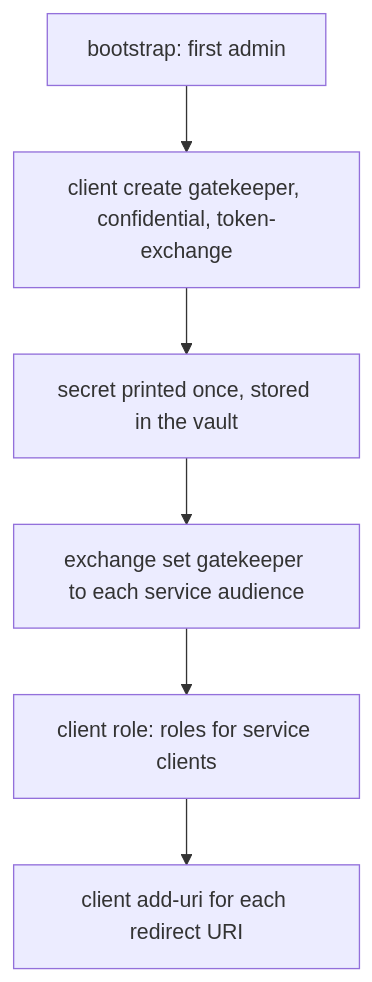
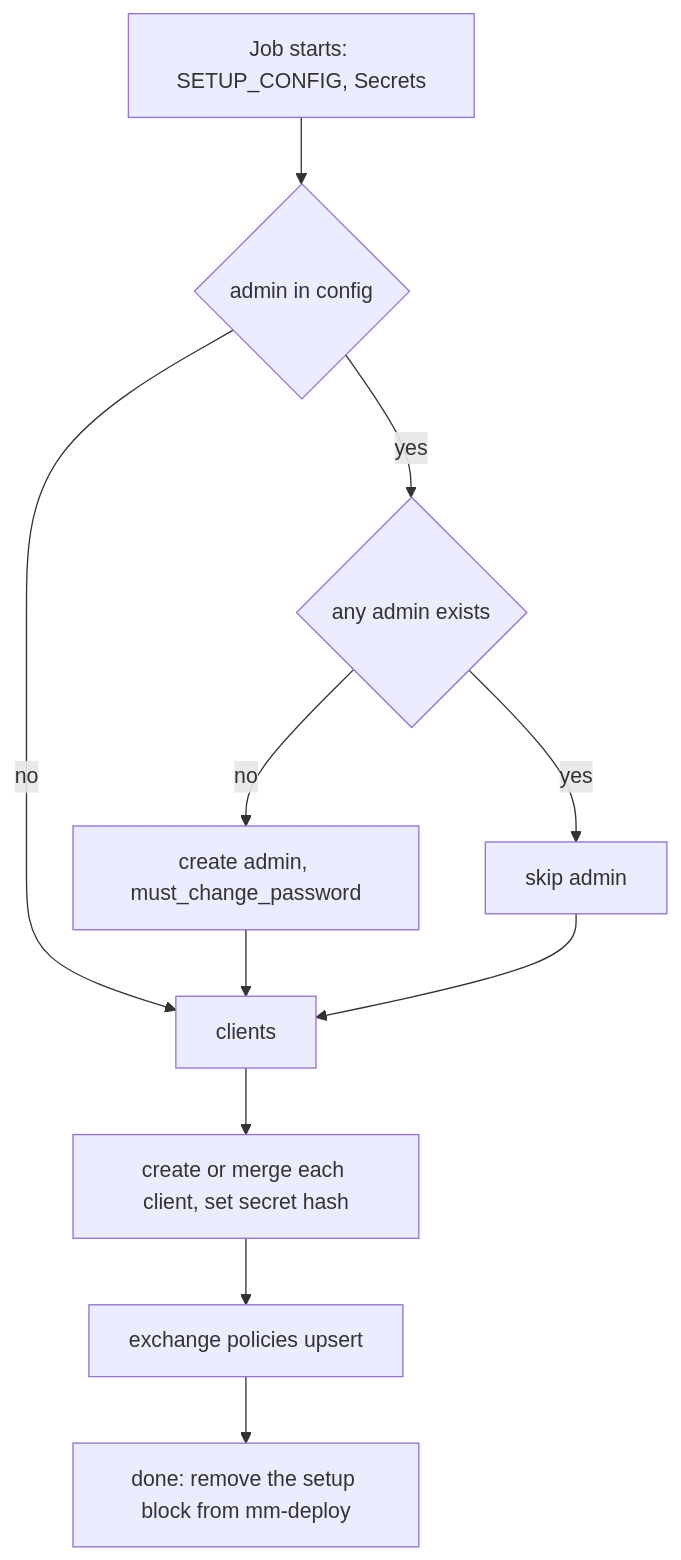
The first of 21 diagrams in docs/flows.md (huponx/identity), drawn with Mermaid before and after one commit. The commit also changed other lines of this file and 21 other files, not shown here.

Commit message:
Add setup job (#10)

````diff
--- a/docs/flows.md
+++ b/docs/flows.md
@@ -105,8 +109,13 @@
 ```mermaid
 flowchart TD
-    A[bootstrap: first admin] --> B[client create gatekeeper, confidential, token-exchange]
-    B --> C[secret printed once, stored in the vault]
-    C --> D[exchange set gatekeeper to each service audience]
-    D --> E[client role: roles for service clients]
-    E --> F[client add-uri for each redirect URI]
+    A[Job starts: SETUP_CONFIG, Secrets] --> B{admin in config}
+    B -->|yes| C{any admin exists}
+    C -->|no| D[create admin, must_change_password]
+    C -->|yes| E[skip admin]
+    B -->|no| F[clients]
+    D --> F
+    E --> F
+    F --> G[create or merge each client, set secret hash]
+    G --> H[exchange policies upsert]
+    H --> I[done: remove the setup block from mm-deploy]
 ```
````
